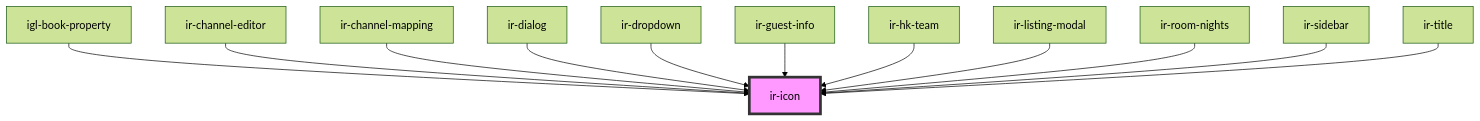
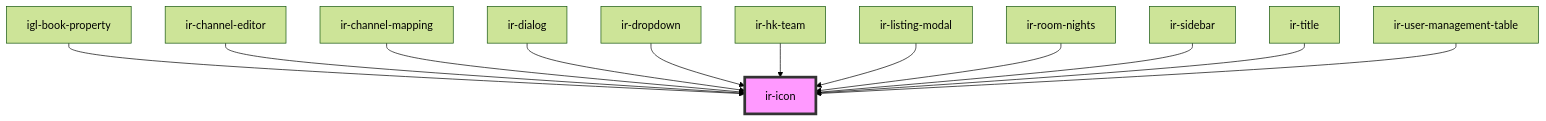
One commit to David1Chowaifaty/modified-ir-webcmp changed the diagram in src/components/ui/ir-icon/readme.md. Above: the diagram before and after it, drawn with Mermaid (forest theme). The commit also changed other lines of this file and 46 other files, not shown here.

````diff
--- a/src/components/ui/ir-icon/readme.md
+++ b/src/components/ui/ir-icon/readme.md
@@ -39,15 +39,15 @@
 ```mermaid
 graph TD;
   igl-book-property --> ir-icon
   ir-channel-editor --> ir-icon
   ir-channel-mapping --> ir-icon
   ir-dialog --> ir-icon
   ir-dropdown --> ir-icon
-  ir-guest-info --> ir-icon
   ir-hk-team --> ir-icon
   ir-listing-modal --> ir-icon
   ir-room-nights --> ir-icon
   ir-sidebar --> ir-icon
   ir-title --> ir-icon
+  ir-user-management-table --> ir-icon
   style ir-icon fill:#f9f,stroke:#333,stroke-width:4px
 ```
````
